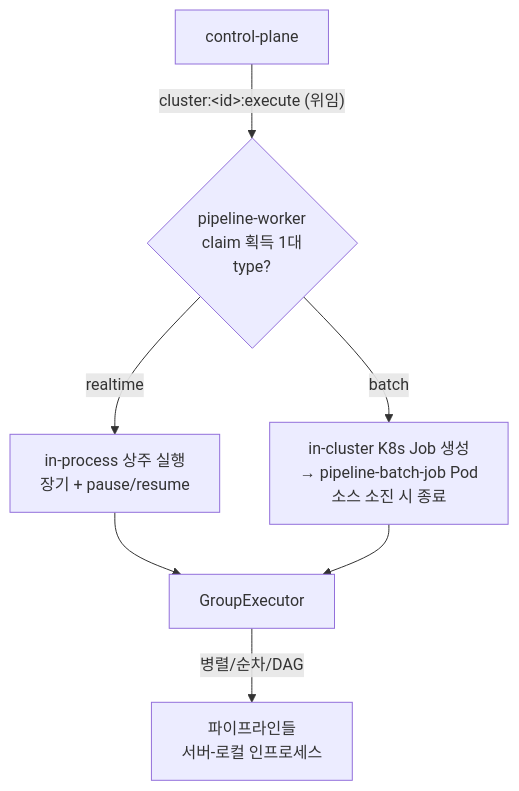
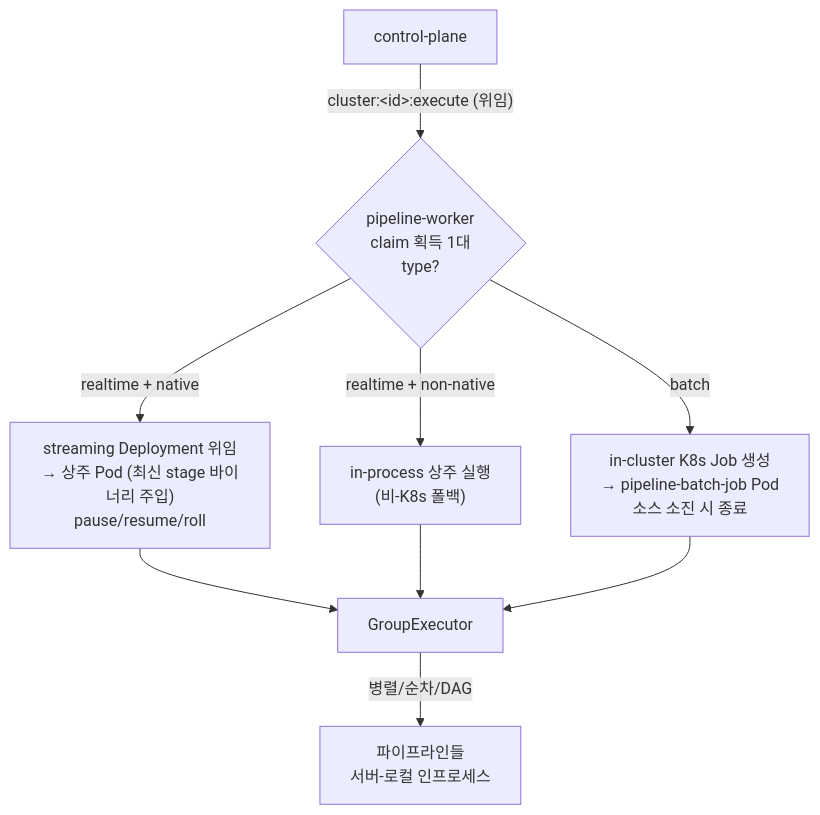
The fourth of 4 diagrams in docs/ARCHITECTURE.md (conduix/conduix), drawn with Mermaid before and after one commit. The commit also changed other lines of this file and 7 other files, not shown here.

````diff
--- a/docs/ARCHITECTURE.md
+++ b/docs/ARCHITECTURE.md
@@ -151,9 +163,11 @@
 ```mermaid
 flowchart TD
     CP[control-plane] -->|"cluster:&lt;id&gt;:execute (위임)"| W{pipeline-worker<br/>claim 획득 1대<br/>type?}
-    W -->|realtime| AG["in-process 상주 실행<br/>장기 + pause/resume"]
+    W -->|realtime + native| SD["streaming Deployment 위임<br/>→ 상주 Pod (최신 stage 바이너리 주입)<br/>pause/resume/roll"]
+    W -->|realtime + non-native| AG["in-process 상주 실행<br/>(비-K8s 폴백)"]
     W -->|batch| KJ["in-cluster K8s Job 생성<br/>→ pipeline-batch-job Pod<br/>소스 소진 시 종료"]
-    AG --> GE[GroupExecutor]
+    SD --> GE[GroupExecutor]
+    AG --> GE
     KJ --> GE
     GE -->|병렬/순차/DAG| PIPE[파이프라인들<br/>서버-로컬 인프로세스]
 ```
````
